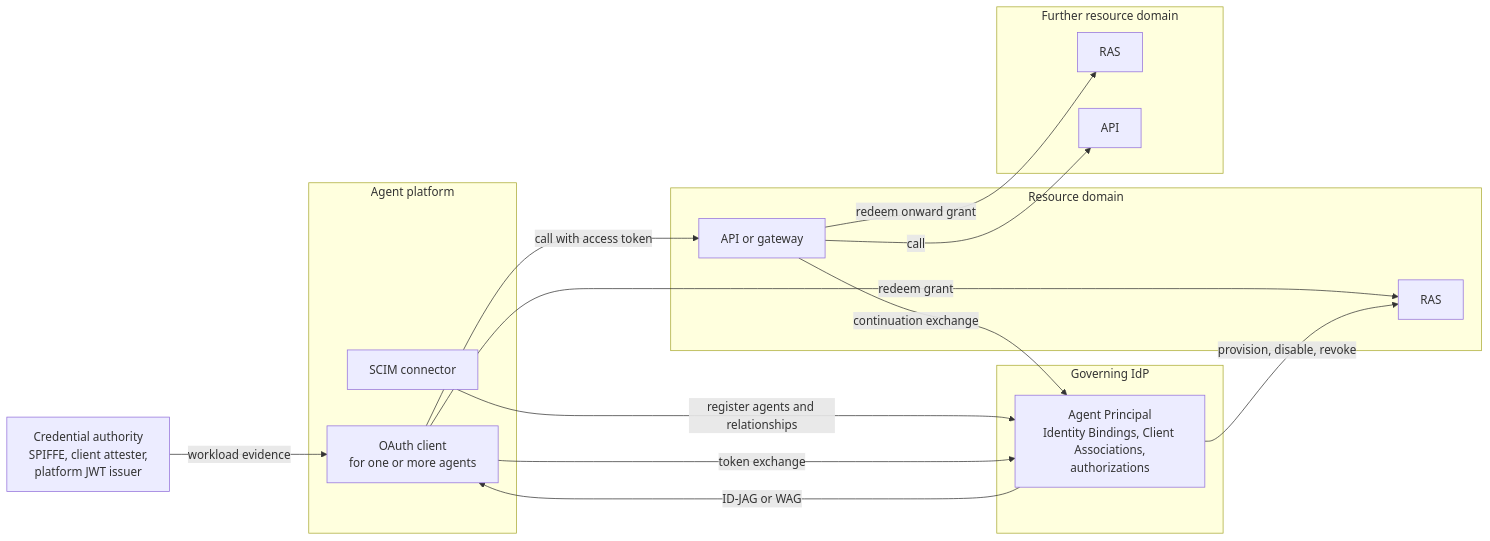
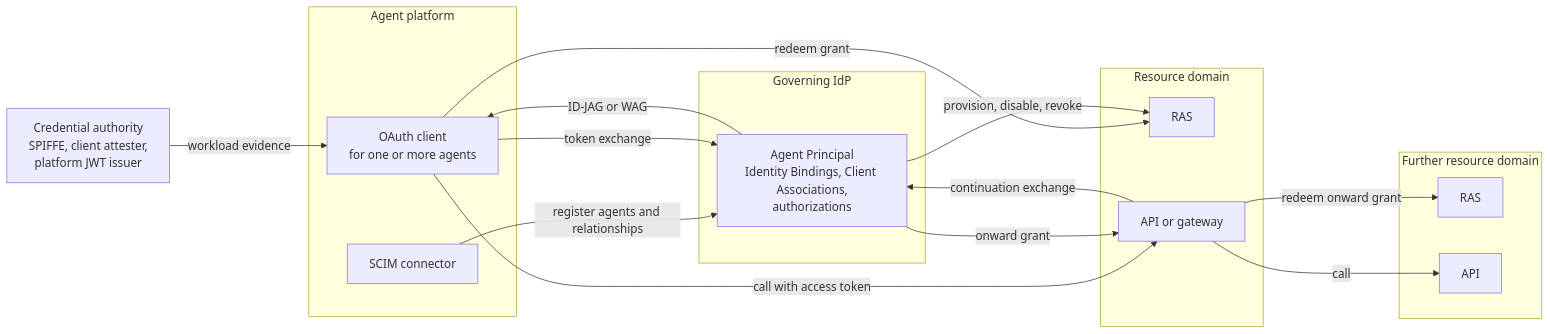
Before and after one commit to mcguinness/governed-agent-profiles: the first of 2 diagrams in ARCHITECTURE.md, drawn with Mermaid. The commit also changed other lines of this file and 1 other file, not shown here.

First line of the commit message:
Apply the review: correct three claims and lead with the basic flow

````diff
--- a/ARCHITECTURE.md
+++ b/ARCHITECTURE.md
@@ -87,29 +92,30 @@
 ```mermaid
 flowchart LR
   authority["Credential authority<br/>SPIFFE, client attester,<br/>platform JWT issuer"]
   subgraph platform["Agent platform"]
     connector["SCIM connector"]
     client["OAuth client<br/>for one or more agents"]
   end
   subgraph idp["Governing IdP"]
     principal["Agent Principal<br/>Identity Bindings, Client Associations,<br/>authorizations"]
   end
   subgraph domainA["Resource domain"]
     rasA["RAS"]
     gateway["API or gateway"]
   end
   subgraph domainB["Further resource domain"]
     rasB["RAS"]
     apiB["API"]
   end
   connector -->|"register agents and relationships"| principal
   authority -->|"workload evidence"| client
   client -->|"token exchange"| principal
   principal -->|"ID-JAG or WAG"| client
   client -->|"redeem grant"| rasA
   client -->|"call with access token"| gateway
   principal -->|"provision, disable, revoke"| rasA
   gateway -->|"continuation exchange"| principal
+  principal -->|"onward grant"| gateway
   gateway -->|"redeem onward grant"| rasB
   gateway -->|"call"| apiB
 ```
````
